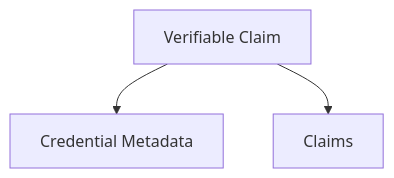
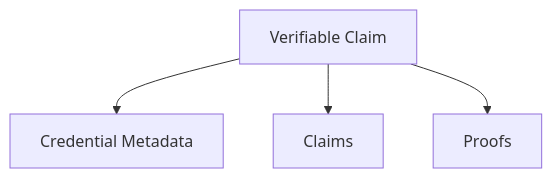
The third of 4 diagrams in ARCs/arc-0113.md (algorandfoundation/ARCs), drawn with Mermaid before and after one commit.

````diff
--- a/ARCs/arc-0113.md
+++ b/ARCs/arc-0113.md
@@ -139,5 +139,6 @@
     ```mermaid
     flowchart TB
             vcs["Verifiable Claim"] --> metadata["Credential Metadata"]
             vcs["Verifiable Claim"] --> claims["Claims"]
+            vcs["Verifiable Claim"] --> proofs["Proofs"] 
     ```
````
